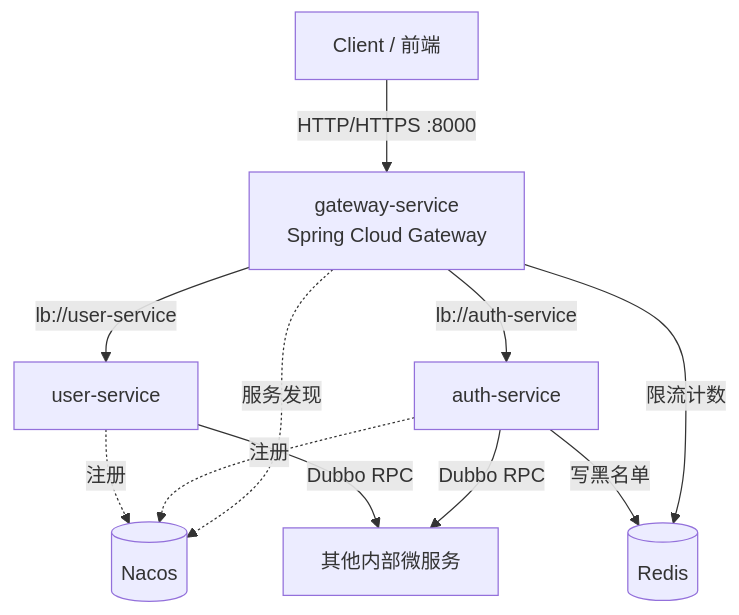
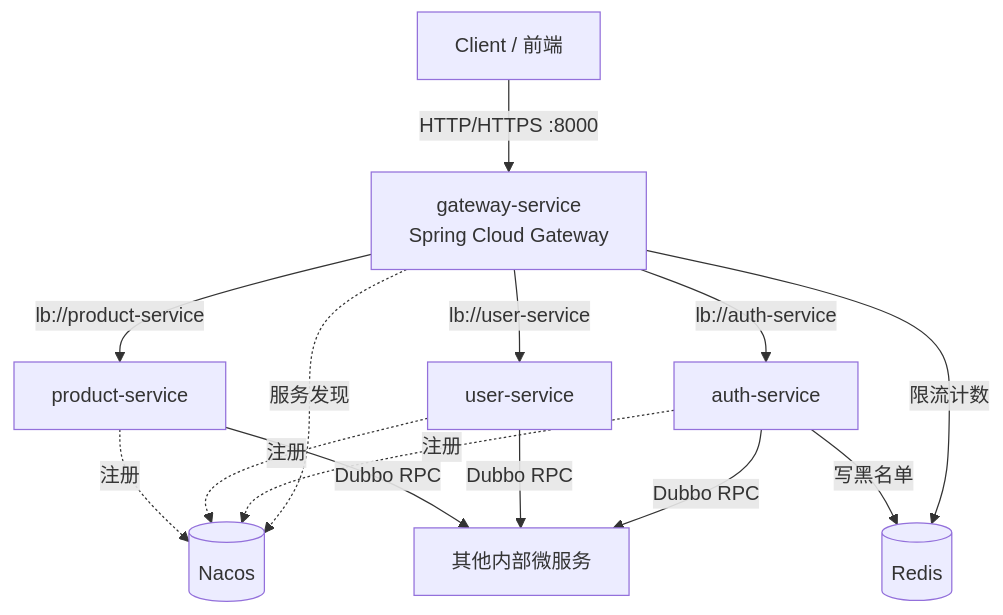
One commit to YunfeiSHU/media-community changed the first of 3 diagrams in gateway-service/网关架构.md. Above: the diagram before and after it, drawn with Mermaid. The commit also changed other lines of this file and 6 other files, not shown here.

````diff
--- a/gateway-service/网关架构.md
+++ b/gateway-service/网关架构.md
@@ -8,13 +8,16 @@
 ```mermaid
 flowchart TB
     C[Client / 前端] -->|HTTP/HTTPS :8000| G[gateway-service<br/>Spring Cloud Gateway]
     G -->|lb://auth-service| A[auth-service]
     G -->|lb://user-service| U[user-service]
+    G -->|lb://product-service| P[product-service]
     G -.服务发现.-> N[(Nacos)]
     A -.注册.-> N
     U -.注册.-> N
+    P -.注册.-> N
     G -->|限流计数| R[(Redis)]
     A -->|写黑名单| R
     A -->|Dubbo RPC| S[其他内部微服务]
     U -->|Dubbo RPC| S
+    P -->|Dubbo RPC| S
 ```
````
